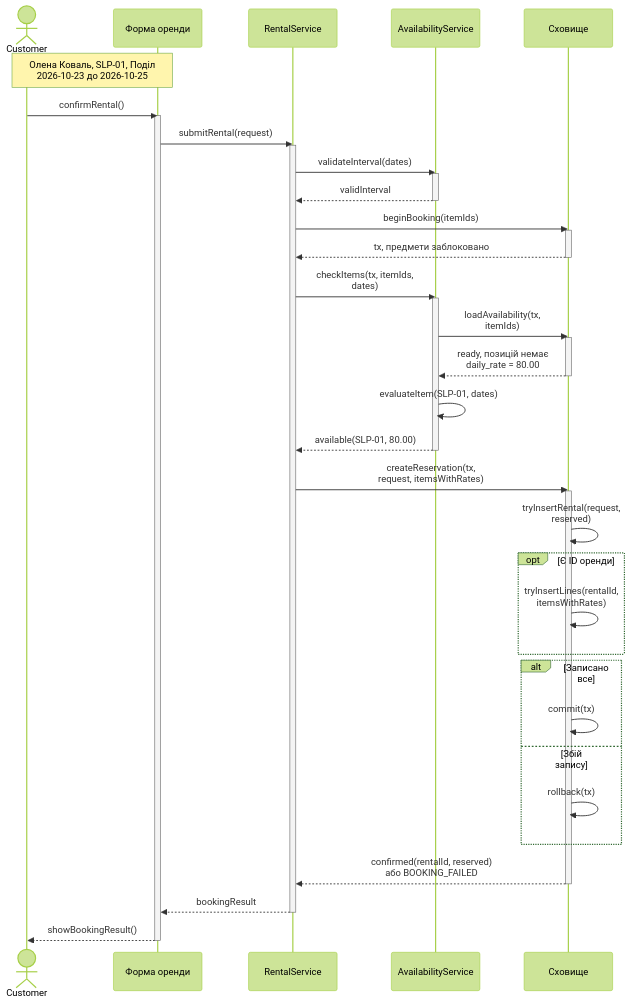
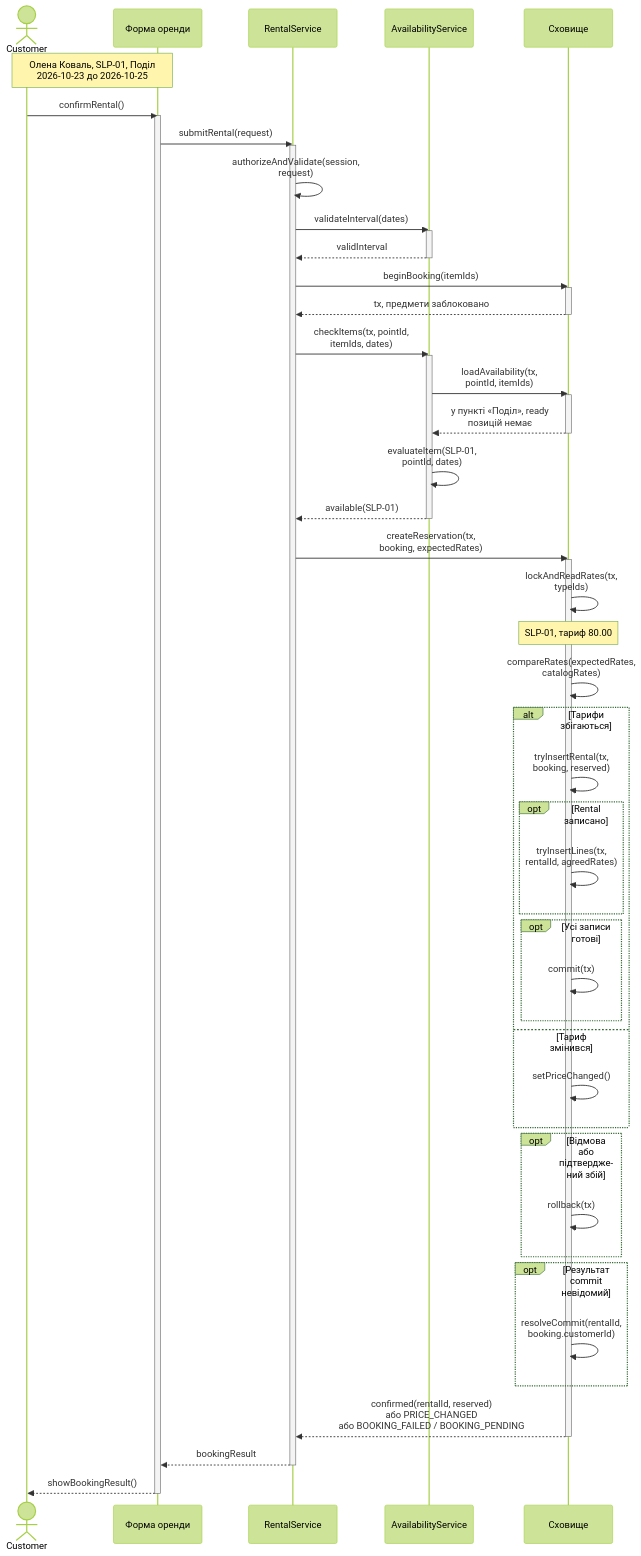
Before and after one commit to kirgafan/KPI_labs: the first of 6 diagrams in Labs/lab-3/model.md, drawn with Mermaid (forest theme). The commit also changed other lines of this file and 3 other files, not shown here.

First line of the commit message:
fix(lab-3): validate booking ownership, items and agreed rates

````diff
--- a/Labs/lab-3/model.md
+++ b/Labs/lab-3/model.md
@@ -13,47 +19,59 @@
 ```mermaid
 sequenceDiagram
     actor C as Customer
     participant U as Форма оренди
     participant R as RentalService
     participant A as AvailabilityService
     participant S as Сховище
     Note over C,U: Олена Коваль, SLP-01, Поділ<br/>2026-10-23 до 2026-10-25
     C->>U: confirmRental()
     activate U
     U->>R: submitRental(request)
     activate R
+    R->>R: authorizeAndValidate(session,<br/>request)
     R->>A: validateInterval(dates)
     activate A
     A-->>R: validInterval
     deactivate A
     R->>S: beginBooking(itemIds)
     activate S
     S-->>R: tx, предмети заблоковано
     deactivate S
-    R->>A: checkItems(tx, itemIds,<br/>dates)
+    R->>A: checkItems(tx, pointId,<br/>itemIds, dates)
     activate A
-    A->>S: loadAvailability(tx,<br/>itemIds)
+    A->>S: loadAvailability(tx,<br/>pointId, itemIds)
     activate S
-    S-->>A: ready, позицій немає<br/>daily_rate = 80.00
+    S-->>A: у пункті «Поділ», ready<br/>позицій немає
     deactivate S
-    A->>A: evaluateItem(SLP-01, dates)
-    A-->>R: available(SLP-01, 80.00)
+    A->>A: evaluateItem(SLP-01,<br/>pointId, dates)
+    A-->>R: available(SLP-01)
     deactivate A
-    R->>S: createReservation(tx,<br/>request, itemsWithRates)
+    R->>S: createReservation(tx,<br/>booking, expectedRates)
     activate S
-    S->>S: tryInsertRental(request,<br/>reserved)
-    opt Є ID оренди
-        S->>S: tryInsertLines(rentalId,<br/>itemsWithRates)
+    S->>S: lockAndReadRates(tx,<br/>typeIds)
+    Note over S: SLP-01, тариф 80.00
+    S->>S: compareRates(expectedRates,<br/>catalogRates)
+    alt Тарифи збігаються
+        S->>S: tryInsertRental(tx,<br/>booking, reserved)
+        opt Rental записано
+            S->>S: tryInsertLines(tx,<br/>rentalId, agreedRates)
+        end
+        opt Усі записи готові
+            S->>S: commit(tx)
+        end
+    else Тариф змінився
+        S->>S: setPriceChanged()
     end
-    alt Записано все
-        S->>S: commit(tx)
-    else Збій запису
+    opt Відмова або підтверджений збій
         S->>S: rollback(tx)
     end
-    S-->>R: confirmed(rentalId, reserved)<br/>або BOOKING_FAILED
+    opt Результат commit невідомий
+        S->>S: resolveCommit(rentalId,<br/>booking.customerId)
+    end
+    S-->>R: confirmed(rentalId, reserved)<br/>або PRICE_CHANGED<br/>або BOOKING_FAILED / BOOKING_PENDING
     deactivate S
     R-->>U: bookingResult
     deactivate R
     U-->>C: showBookingResult()
     deactivate U
 ```
````
